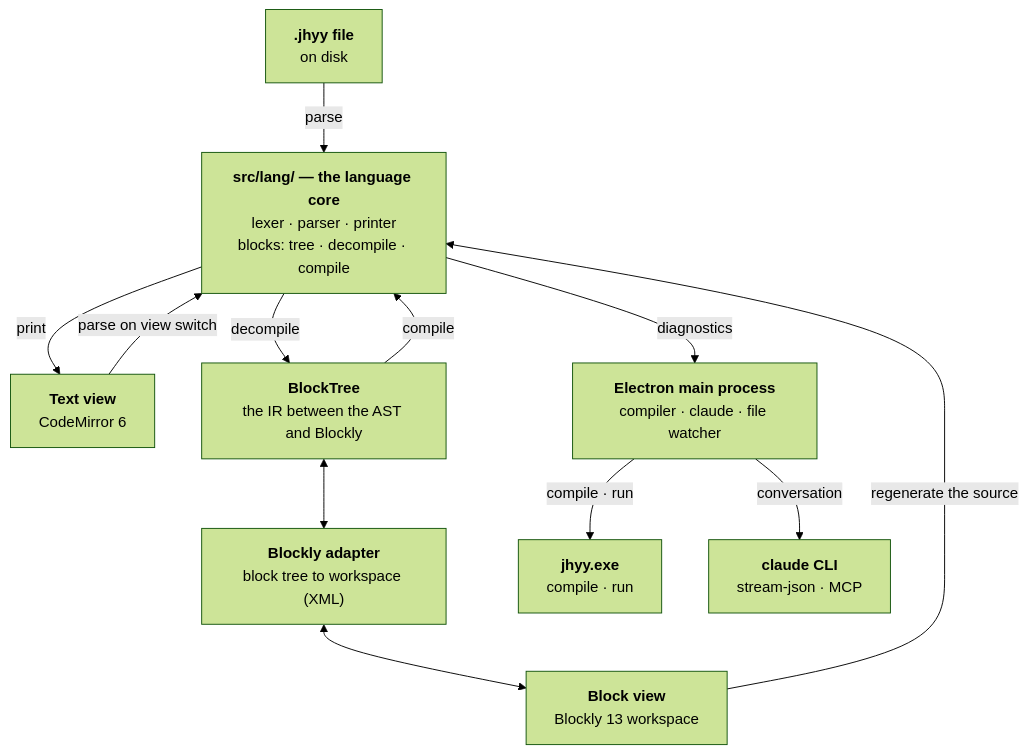
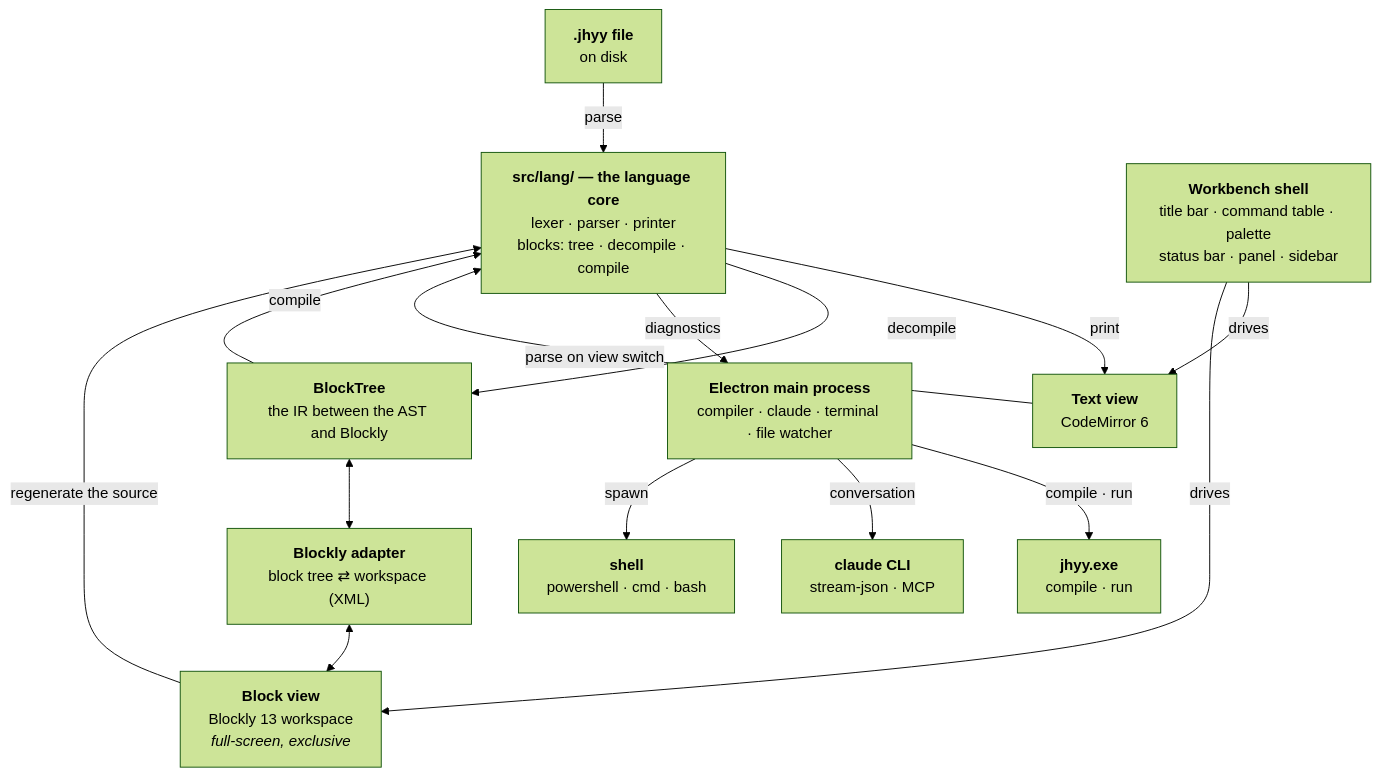
One commit to JiHuiYiYou/JiHuiYiYou-IDE changed the diagram in docs/wiki/Architecture.md. Above: the diagram before and after it, drawn with Mermaid (forest theme). The commit also changed other lines of this file and 78 other files, not shown here.

````diff
--- a/docs/wiki/Architecture.md
+++ b/docs/wiki/Architecture.md
@@ -5,23 +5,28 @@
 ```mermaid
 flowchart TB
     file["<b>.jhyy file</b><br/>on disk"]
-    blocks["<b>Block view</b><br/>Blockly 13 workspace"]
+    blocks["<b>Block view</b><br/>Blockly 13 workspace<br/><i>full-screen, exclusive</i>"]
     text["<b>Text view</b><br/>CodeMirror 6"]
     core["<b>src/lang/ — the language core</b><br/>lexer · parser · printer<br/>blocks: tree · decompile · compile"]
     tree["<b>BlockTree</b><br/>the IR between the AST and Blockly"]
-    adapter["<b>Blockly adapter</b><br/>block tree to workspace (XML)"]
-    main["<b>Electron main process</b><br/>compiler · claude · file watcher"]
+    adapter["<b>Blockly adapter</b><br/>block tree ⇄ workspace (XML)"]
+    shell["<b>Workbench shell</b><br/>title bar · command table · palette<br/>status bar · panel · sidebar"]
+    main["<b>Electron main process</b><br/>compiler · claude · terminal · file watcher"]
     jhyy["<b>jhyy.exe</b><br/>compile · run"]
     claude["<b>claude CLI</b><br/>stream-json · MCP"]
+    sh["<b>shell</b><br/>powershell · cmd · bash"]
 
     file -->|parse| core
     core -->|print| text
     core -->|decompile| tree
     tree -->|compile| core
     tree <--> adapter <--> blocks
     blocks -->|regenerate the source| core
     text -->|parse on view switch| core
     core -->|diagnostics| main
     main -->|compile · run| jhyy
     main -->|conversation| claude
+    main -->|spawn| sh
+    shell -->|drives| text
+    shell -->|drives| blocks
 ```
````
